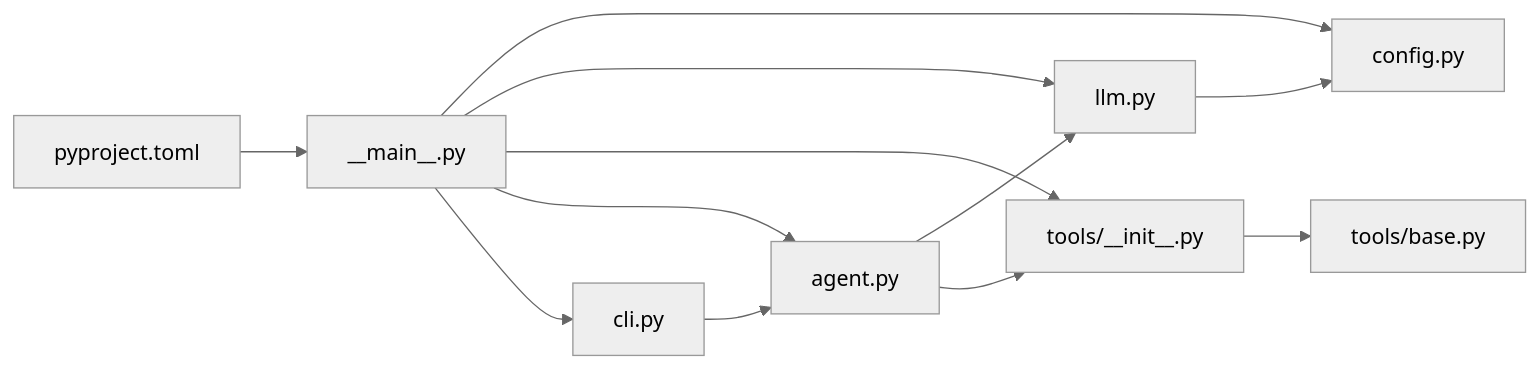
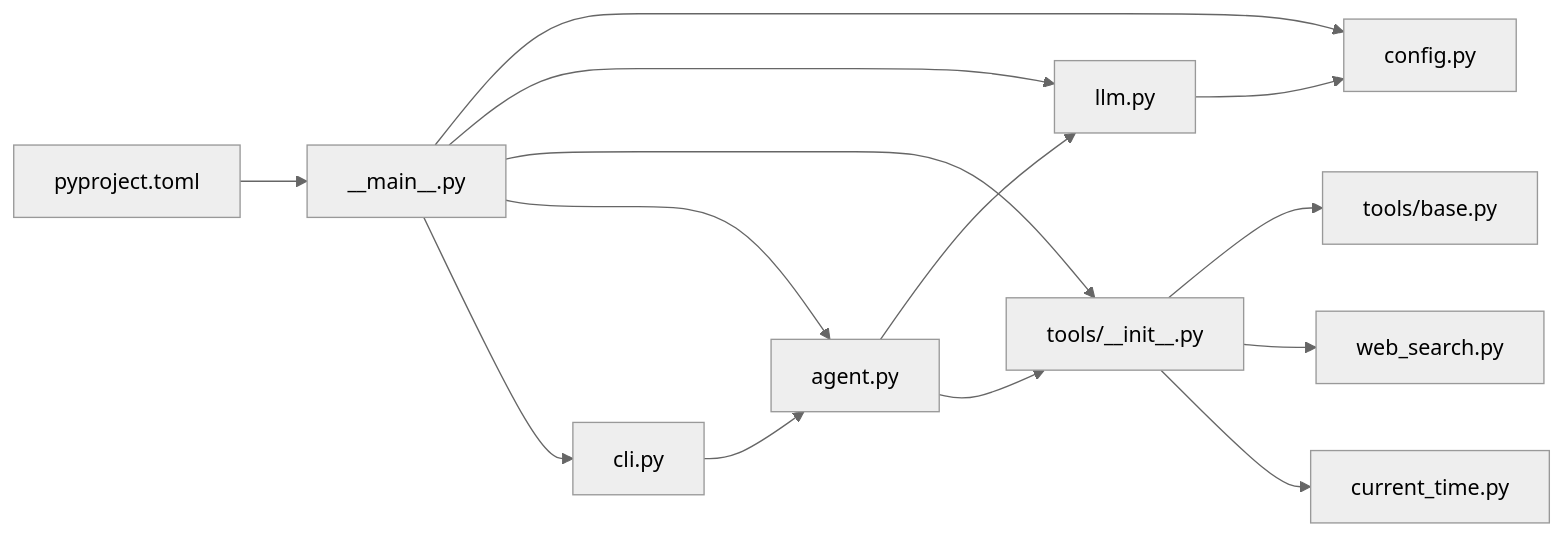
One commit to 250shiwo/MySmallAgent changed the ninth of 9 diagrams in .qoder/repowiki/zh/content/核心模块详解/核心模块详解.md. Above: the diagram before and after it, drawn with Mermaid (neutral theme). The commit also changed other lines of this file and 34 other files, not shown here.

````diff
--- a/.qoder/repowiki/zh/content/核心模块详解/核心模块详解.md
+++ b/.qoder/repowiki/zh/content/核心模块详解/核心模块详解.md
@@ -441,14 +486,16 @@
 ```mermaid
 graph LR
 CLI["cli.py"] --> AG["agent.py"]
 AG --> LLM["llm.py"]
 AG --> REG["tools/__init__.py"]
 LLM --> CFG["config.py"]
 REG --> BASE["tools/base.py"]
+REG --> WEB["web_search.py"]
+REG --> TIME["current_time.py"]
 MAIN["__main__.py"] --> CFG
 MAIN --> LLM
 MAIN --> REG
 MAIN --> AG
 MAIN --> CLI
 ENDPOINT["pyproject.toml"] --> MAIN
 ```
````
